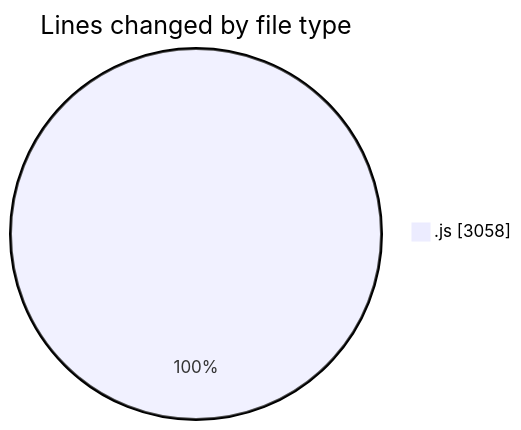
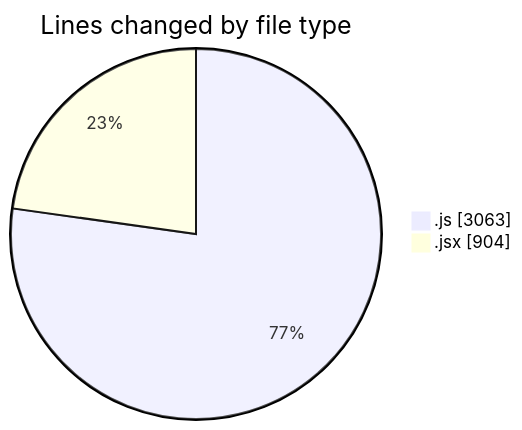
One commit to nxtqubesakshisongat/code-tracking changed the first of 2 diagrams in 2025-09-24/nxtqube_webapp/README.md. Above: the diagram before and after it, drawn with Mermaid. The commit also changed other lines of this file and 1 other file, not shown here.

````diff
--- a/2025-09-24/nxtqube_webapp/README.md
+++ b/2025-09-24/nxtqube_webapp/README.md
@@ -21,5 +22,6 @@
 ```mermaid
 pie showData
 title Lines changed by file type
-".js" : 3058
+".js" : 3063
+".jsx" : 904
 ```
````
